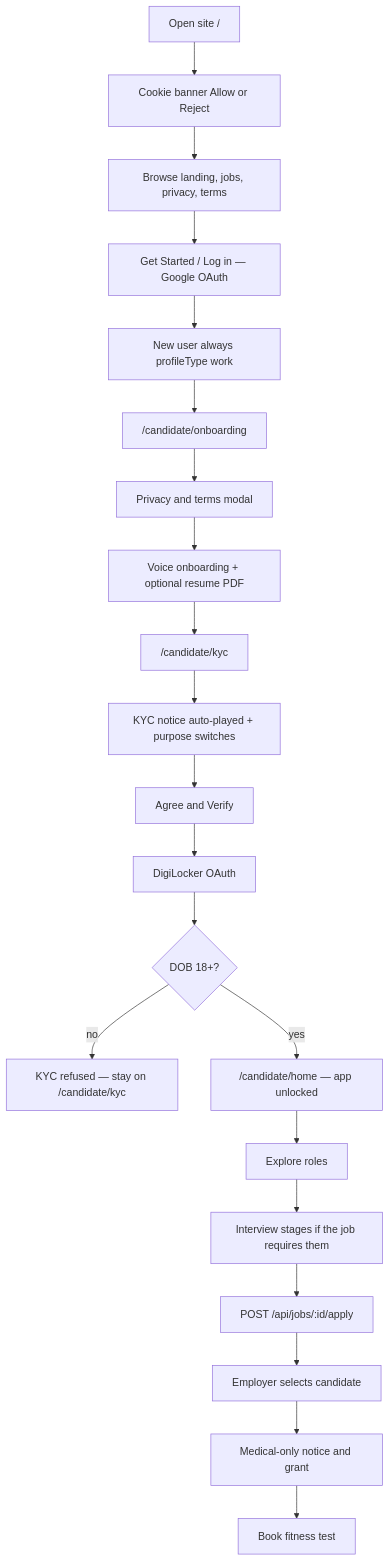
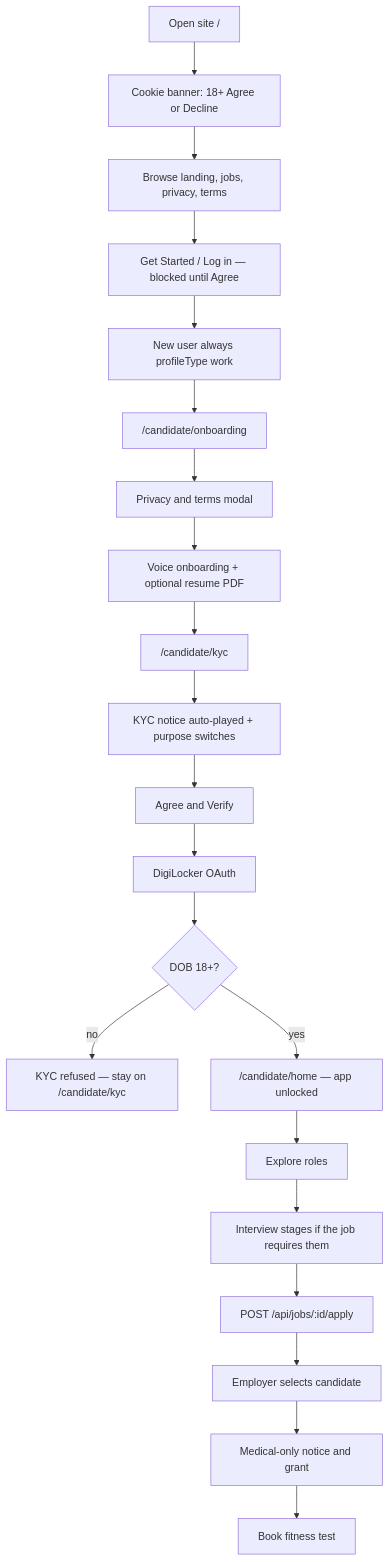
The diagram in docs/compliance/candidate-journey.md (Agentic-Labs-India/Project-Bluecollarz), drawn with Mermaid before and after one commit. The commit also changed other lines of this file and 8 other files, not shown here.

````diff
--- a/docs/compliance/candidate-journey.md
+++ b/docs/compliance/candidate-journey.md
@@ -15,23 +15,23 @@
 ```mermaid
 flowchart TD
-  Open["Open site /"] --> Cookie["Cookie banner Allow or Reject"]
+  Open["Open site /"] --> Cookie["Cookie banner: 18+ Agree or Decline"]
   Cookie --> Browse["Browse landing, jobs, privacy, terms"]
-  Browse --> Google["Get Started / Log in — Google OAuth"]
+  Browse --> Google["Get Started / Log in — blocked until Agree"]
   Google --> Work["New user always profileType work"]
   Work --> OnboardPage["/candidate/onboarding"]
   OnboardPage --> Terms["Privacy and terms modal"]
   Terms --> Voice["Voice onboarding + optional resume PDF"]
   Voice --> KycPage["/candidate/kyc"]
   KycPage --> Notice["KYC notice auto-played + purpose switches"]
   Notice --> Agree["Agree and Verify"]
   Agree --> Digi["DigiLocker OAuth"]
   Digi --> Age{"DOB 18+?"}
   Age -->|no| Fail["KYC refused — stay on /candidate/kyc"]
   Age -->|yes| Home["/candidate/home — app unlocked"]
   Home --> Explore["Explore roles"]
   Explore --> Interview["Interview stages if the job requires them"]
   Interview --> Apply["POST /api/jobs/:id/apply"]
   Apply --> Selected["Employer selects candidate"]
   Selected --> MedConsent["Medical-only notice and grant"]
   MedConsent --> Book["Book fitness test"]
 ```
````
